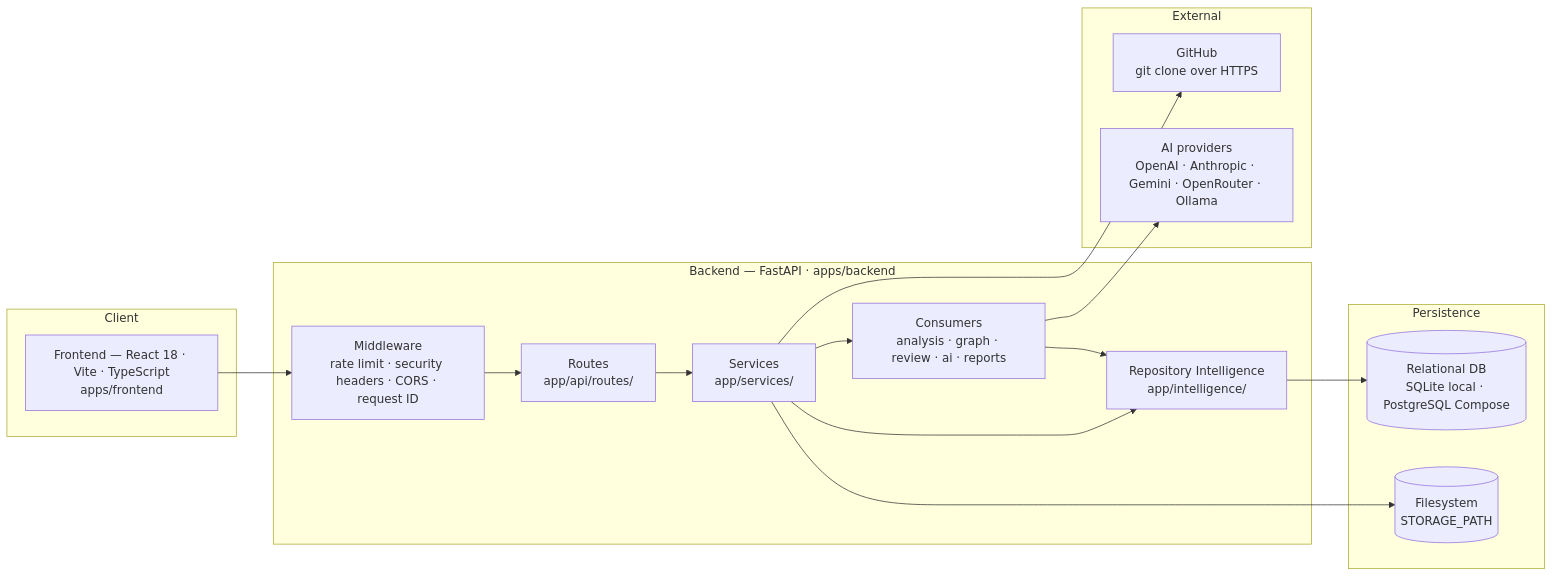
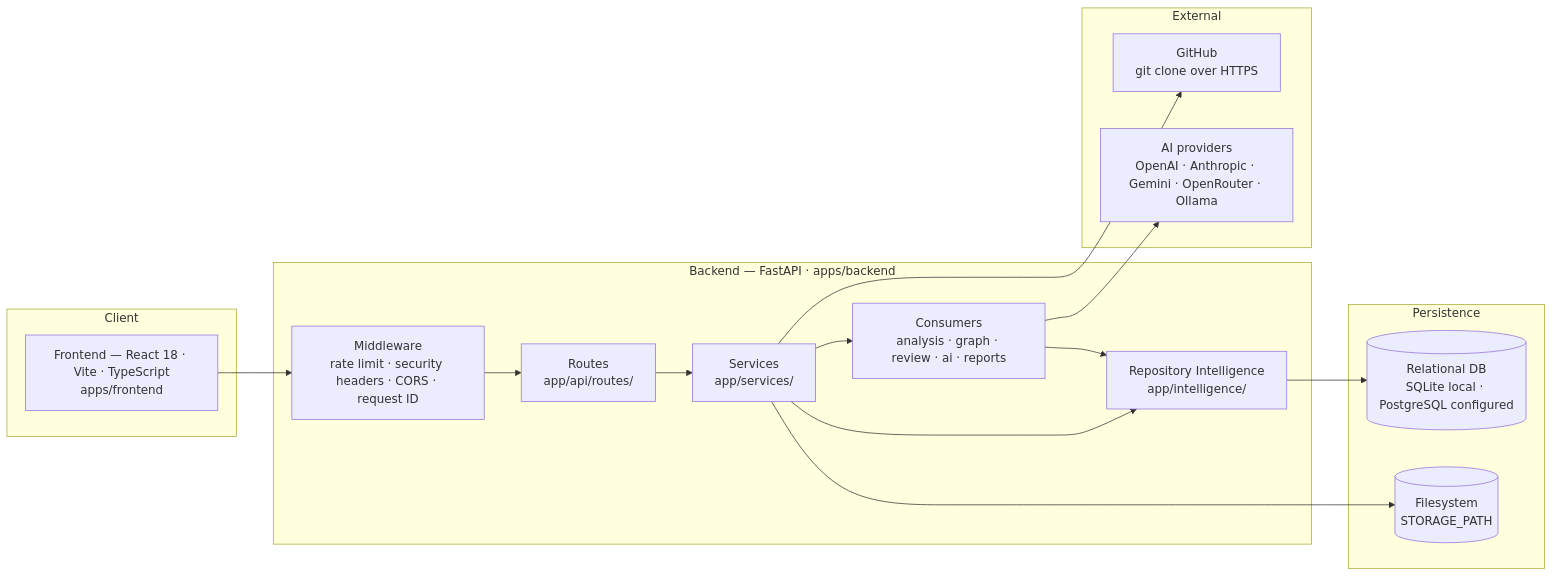
One commit to Second-Origin/PARTHA changed the first of 4 diagrams in docs/architecture/SYSTEM_OVERVIEW.md. Above: the diagram before and after it, drawn with Mermaid. The commit also changed other lines of this file and 23 other files, not shown here.

````diff
--- a/docs/architecture/SYSTEM_OVERVIEW.md
+++ b/docs/architecture/SYSTEM_OVERVIEW.md
@@ -16,33 +16,33 @@
 ```mermaid
 flowchart LR
     subgraph Client
         UI["Frontend — React 18 · Vite · TypeScript<br/>apps/frontend"]
     end
 
     subgraph Server["Backend — FastAPI · apps/backend"]
         MW["Middleware<br/>rate limit · security headers · CORS · request ID"]
         Routes["Routes<br/>app/api/routes/"]
         Services["Services<br/>app/services/"]
         RI["Repository Intelligence<br/>app/intelligence/"]
         Consumers["Consumers<br/>analysis · graph · review · ai · reports"]
     end
 
     subgraph Persistence
-        DB[("Relational DB<br/>SQLite local · PostgreSQL Compose")]
+        DB[("Relational DB<br/>SQLite local · PostgreSQL configured")]
         Disk[("Filesystem<br/>STORAGE_PATH")]
     end
 
     subgraph External
         GH["GitHub<br/>git clone over HTTPS"]
         LLM["AI providers<br/>OpenAI · Anthropic · Gemini · OpenRouter · Ollama"]
     end
 
     UI --> MW --> Routes --> Services
     Services --> RI
     Services --> Consumers
     Consumers --> RI
     RI --> DB
     Services --> Disk
     Services --> GH
     Consumers --> LLM
 ```
````
